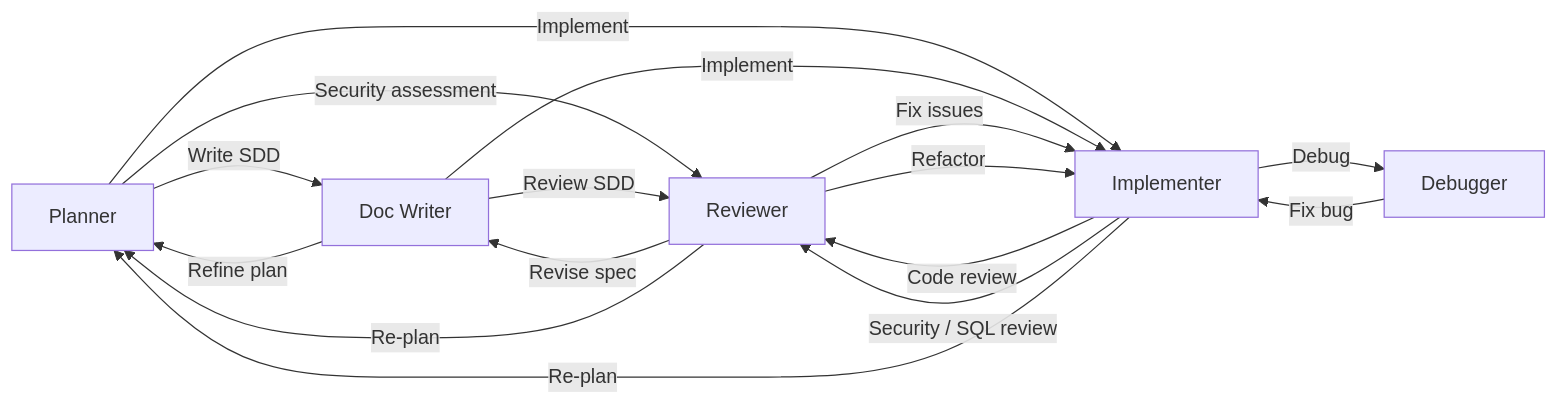
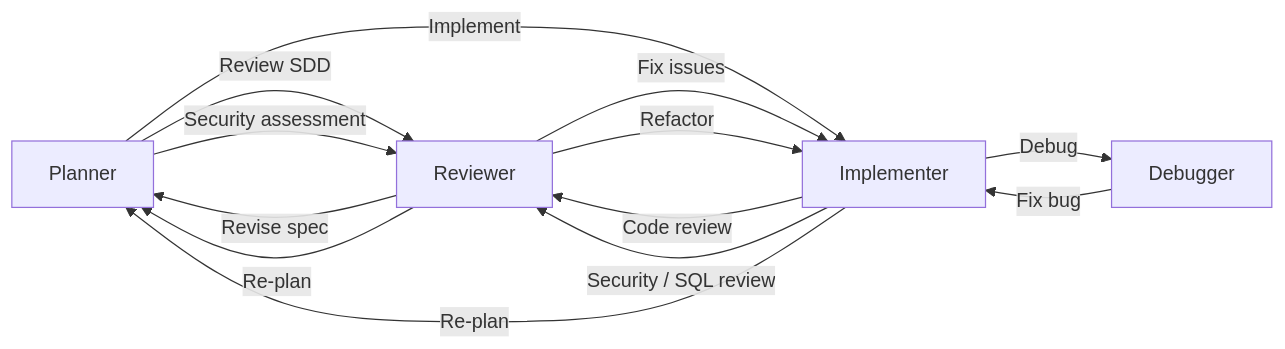
The first of 3 diagrams in README.md (zexion7873/copilot-setting), drawn with Mermaid before and after one commit. The commit also changed other lines of this file and 11 other files, not shown here.

First line of the commit message:
refactor(agents): remove doc-writer, absorb into planner

````diff
--- a/README.md
+++ b/README.md
@@ -146,22 +144,18 @@
 ```mermaid
 flowchart LR
-    Planner -->|"Write SDD"| DocWriter[Doc Writer]
+    Planner -->|"Review SDD"| Reviewer
     Planner -->|"Implement"| Implementer
     Planner -->|"Security assessment"| Reviewer
-
-    DocWriter -->|"Review SDD"| Reviewer
-    DocWriter -->|"Implement"| Implementer
-    DocWriter -->|"Refine plan"| Planner
 
     Implementer -->|"Code review"| Reviewer
     Implementer -->|"Security / SQL review"| Reviewer
     Implementer -->|"Debug"| Debugger
     Implementer -->|"Re-plan"| Planner
 
     Reviewer -->|"Fix issues"| Implementer
     Reviewer -->|"Refactor"| Implementer
-    Reviewer -->|"Revise spec"| DocWriter
+    Reviewer -->|"Revise spec"| Planner
     Reviewer -->|"Re-plan"| Planner
 
     Debugger -->|"Fix bug"| Implementer
 ```
````
